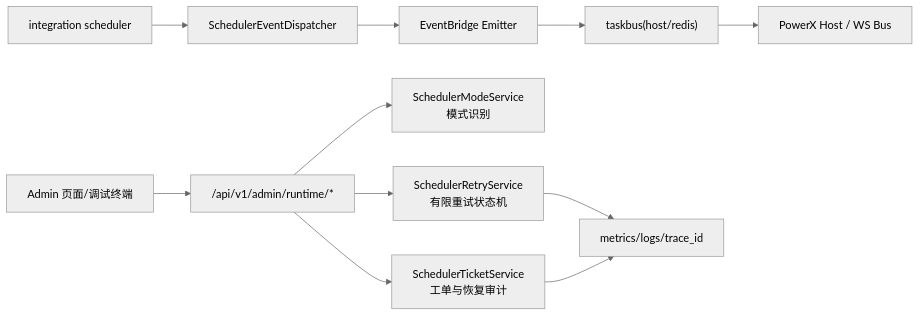
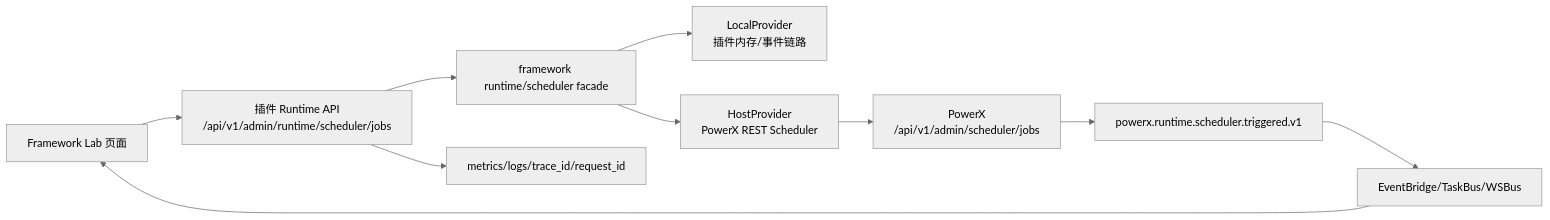
One commit to ArtisanCloud/PowerXPlugin changed the first of 3 diagrams in docs/guides/features/017-async-runtime-scheduler-switch/guide.md. Above: the diagram before and after it, drawn with Mermaid (neutral theme). The commit also changed other lines of this file and 81 other files, not shown here.

````diff
--- a/docs/guides/features/017-async-runtime-scheduler-switch/guide.md
+++ b/docs/guides/features/017-async-runtime-scheduler-switch/guide.md
@@ -24,13 +24,12 @@
 ```mermaid
 flowchart LR
-  UI["Admin 页面/调试终端"] --> API["/api/v1/admin/runtime/*"]
-  API --> MODE["SchedulerModeService\n模式识别"]
-  API --> RETRY["SchedulerRetryService\n有限重试状态机"]
-  API --> TICKET["SchedulerTicketService\n工单与恢复审计"]
-  CRON["integration scheduler"] --> DISPATCH["SchedulerEventDispatcher"]
-  DISPATCH --> EB["EventBridge Emitter"]
-  EB --> BUS["taskbus(host/redis)"]
-  BUS --> HOST["PowerX Host / WS Bus"]
-  RETRY --> OBS["metrics/logs/trace_id"]
-  TICKET --> OBS
+  UI["Framework Lab 页面"] --> API["插件 Runtime API\n/api/v1/admin/runtime/scheduler/jobs"]
+  API --> FACADE["framework runtime/scheduler facade"]
+  FACADE --> LOCAL["LocalProvider\n插件内存/事件链路"]
+  FACADE --> HOST["HostProvider\nPowerX REST Scheduler"]
+  HOST --> PX["PowerX\n/api/v1/admin/scheduler/jobs"]
+  PX --> TOPIC["powerx.runtime.scheduler.triggered.v1"]
+  TOPIC --> BUS["EventBridge/TaskBus/WSBus"]
+  BUS --> UI
+  API --> OBS["metrics/logs/trace_id/request_id"]
 ```
````
